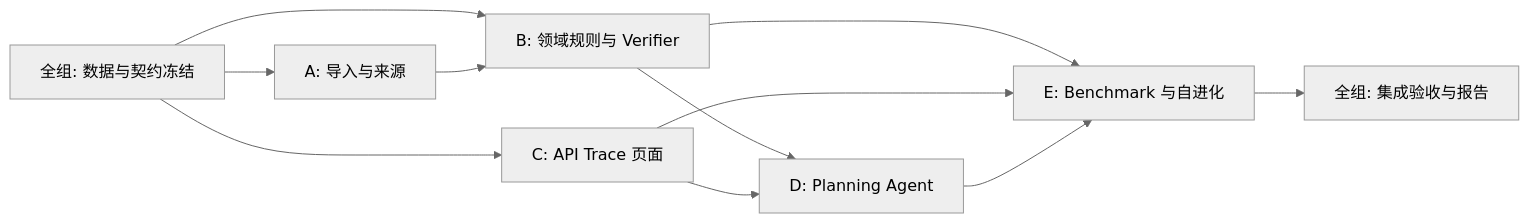
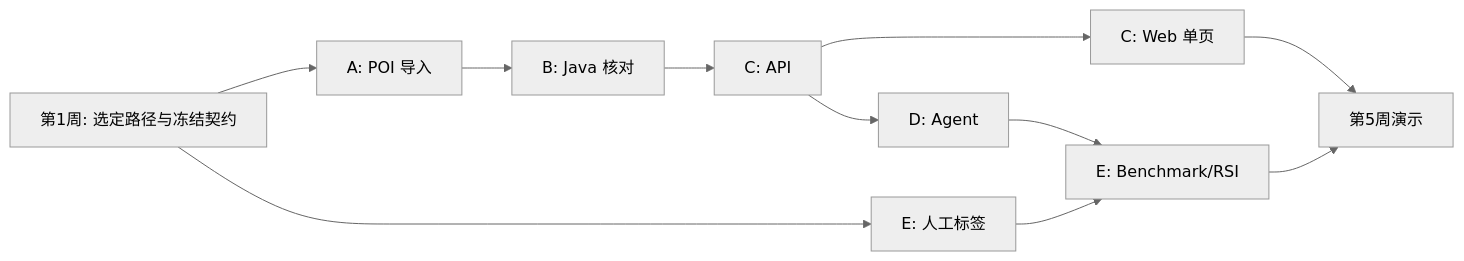
One commit to HelicasECoode42/CoursePilot-Evo changed the diagram in docs/05-team-and-sub-trds.md. Above: the diagram before and after it, drawn with Mermaid (neutral theme). The commit also changed other lines of this file and 25 other files, not shown here.

````diff
--- a/docs/05-team-and-sub-trds.md
+++ b/docs/05-team-and-sub-trds.md
@@ -22,13 +15,13 @@
 ```mermaid
 flowchart LR
-  S[全组: 数据与契约冻结] --> A[A: 导入与来源]
-  S --> B[B: 领域规则与 Verifier]
-  S --> C[C: API Trace 页面]
-  A --> B
-  B --> D[D: Planning Agent]
-  C --> D
-  B --> E[E: Benchmark 与自进化]
-  C --> E
-  D --> E
-  E --> I[全组: 集成验收与报告]
+  S[第1周: 选定路径与冻结契约] --> A[A: POI 导入]
+  S --> E0[E: 人工标签]
+  A --> B[B: Java 核对]
+  B --> C[C: API]
+  C --> D[D: Agent]
+  C --> W[C: Web 单页]
+  D --> E[E: Benchmark/RSI]
+  E0 --> E
+  W --> DEMO[第5周演示]
+  E --> DEMO
 ```
````
